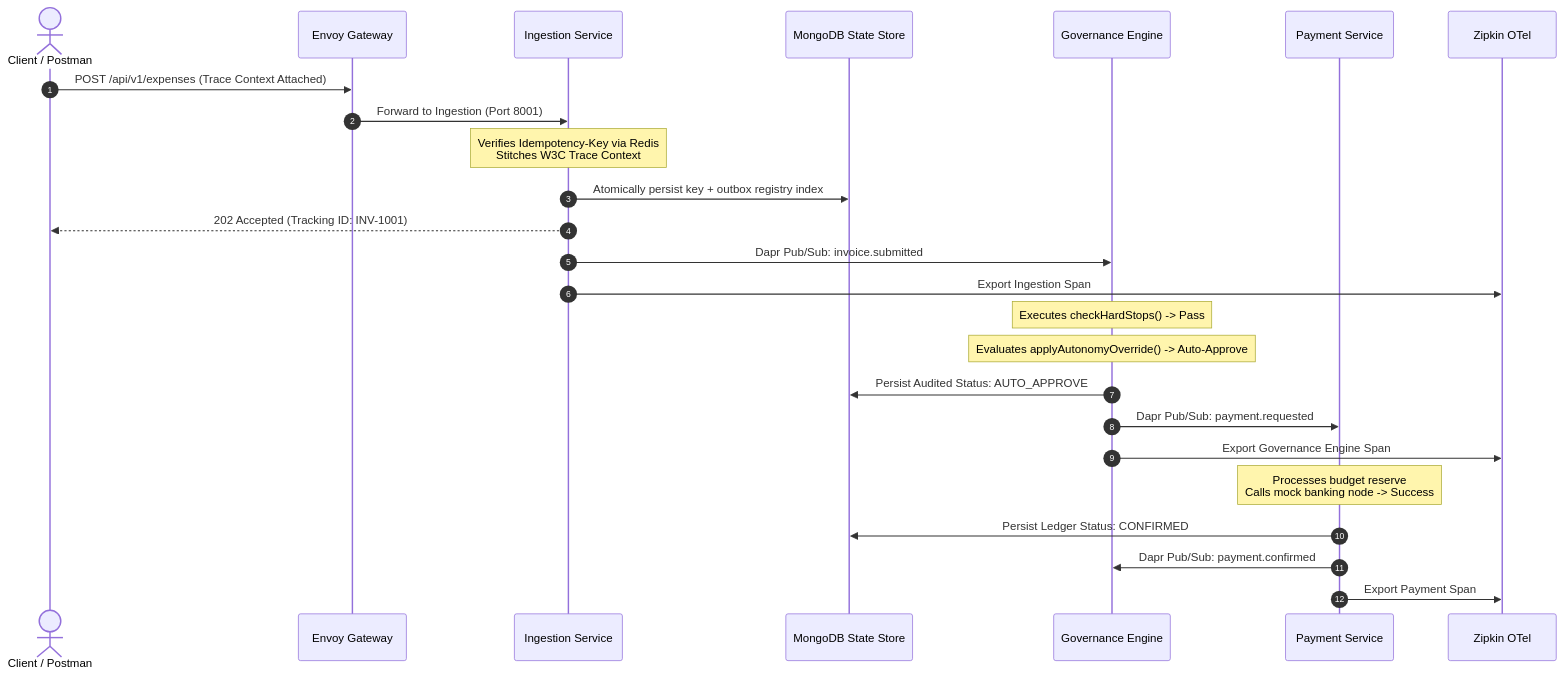
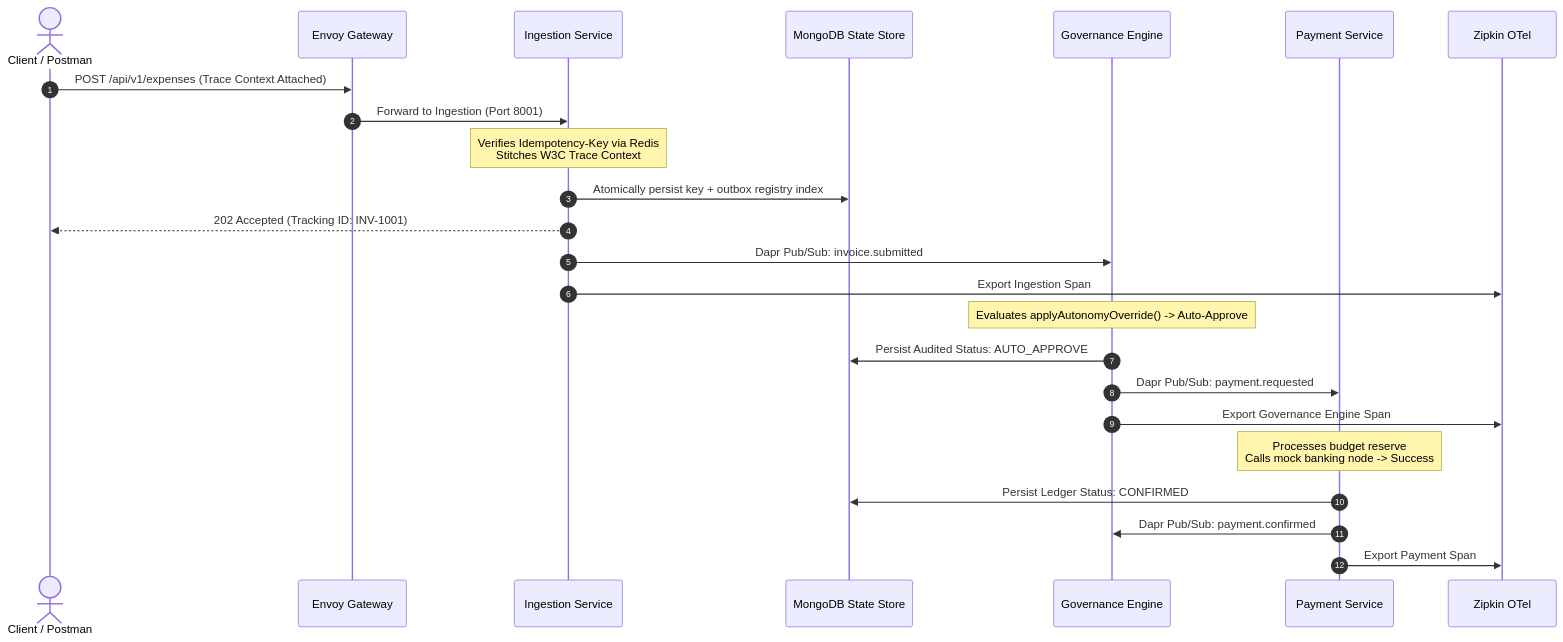
One commit to roman-shneer/InvoiceApprovalFlow changed the second of 4 diagrams in docs/ARCHITECTURE.md. Above: the diagram before and after it, drawn with Mermaid. The commit also changed 8 other files, not shown here.

Commit message:
feat(governance) checkHardStop depricated

````diff
--- a/docs/ARCHITECTURE.md
+++ b/docs/ARCHITECTURE.md
@@ -67,32 +67,31 @@
 ```mermaid
 sequenceDiagram
     autonumber
     actor Client as Client / Postman
     participant Envoy as Envoy Gateway
     participant IS as Ingestion Service
     participant DB as MongoDB State Store
     participant GS as Governance Engine
     participant PS as Payment Service
     participant ZK as Zipkin OTel
 
     Client->>Envoy: POST /api/v1/expenses (Trace Context Attached)
     Envoy->>IS: Forward to Ingestion (Port 8001)
     Note over IS: Verifies Idempotency-Key via Redis<br/>Stitches W3C Trace Context
     IS->>DB: Atomically persist key + outbox registry index
     IS-->>Client: 202 Accepted (Tracking ID: INV-1001)
     
     IS->>GS: Dapr Pub/Sub: invoice.submitted
     IS->>ZK: Export Ingestion Span
     
-    Note over GS: Executes checkHardStops() -> Pass
     Note over GS: Evaluates applyAutonomyOverride() -> Auto-Approve
     GS->>DB: Persist Audited Status: AUTO_APPROVE
     
     GS->>PS: Dapr Pub/Sub: payment.requested
     GS->>ZK: Export Governance Engine Span
     
     Note over PS: Processes budget reserve<br/>Calls mock banking node -> Success
     PS->>DB: Persist Ledger Status: CONFIRMED
     PS->>GS: Dapr Pub/Sub: payment.confirmed
     PS->>ZK: Export Payment Span
 ```
````
